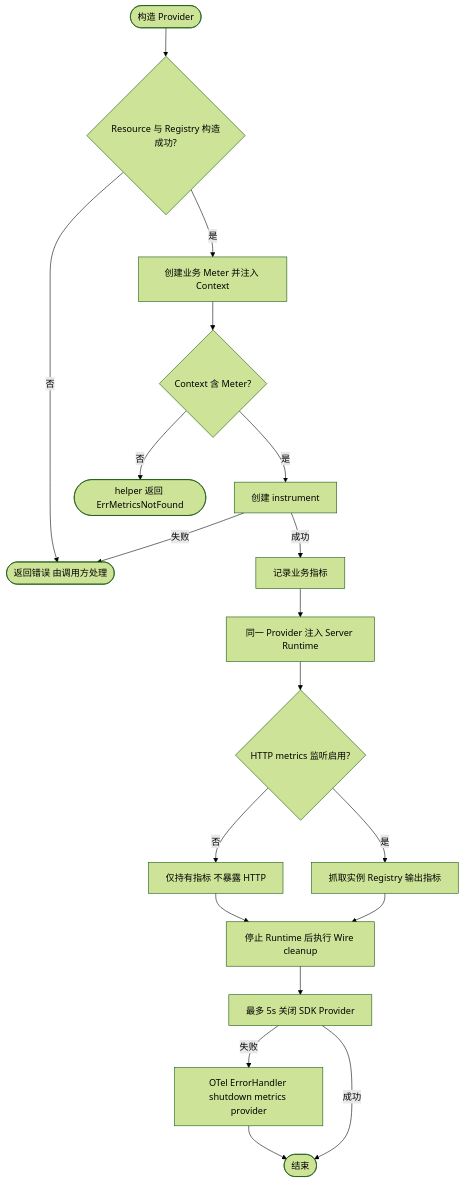
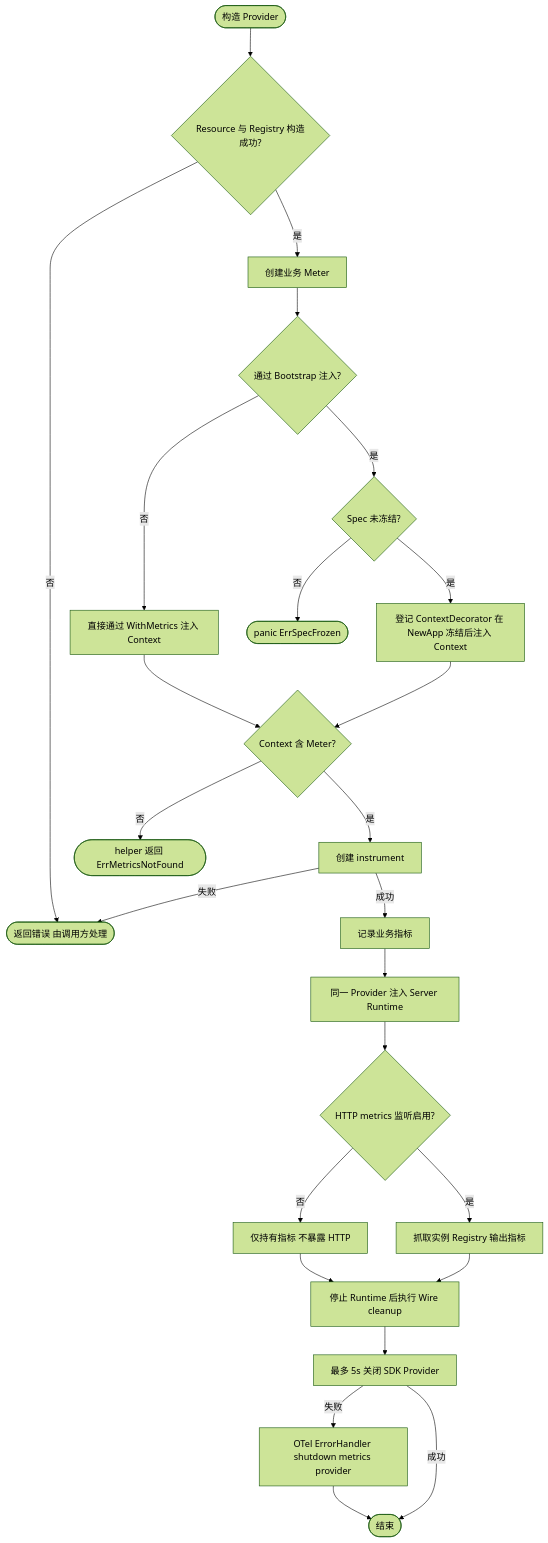
The first of 2 diagrams in pkg/metrics/README.md (jaggerzhuang1994/kratos-foundation), drawn with Mermaid (forest theme) before and after one commit. The commit also changed other lines of this file and 77 other files, not shown here.

Commit message:
refactor(bootstrap): 简化 Spec 蓝图组装与协议启用规则

````diff
--- a/pkg/metrics/README.md
+++ b/pkg/metrics/README.md
@@ -42,21 +42,27 @@
 ```mermaid
 flowchart TD
     A([构造 Provider]) --> B{Resource 与 Registry 构造成功?}
     B -- 否 --> C([返回错误 由调用方处理])
-    B -- 是 --> D[创建业务 Meter 并注入 Context]
+    B -- 是 --> D1[创建业务 Meter]
+    D1 --> D2{通过 Bootstrap 注入?}
+    D2 -- 否 --> D[直接通过 WithMetrics 注入 Context]
+    D2 -- 是 --> D4{Spec 未冻结?}
+    D4 -- 否 --> D3([panic ErrSpecFrozen])
+    D4 -- 是 --> D5[登记 ContextDecorator 在 NewApp 冻结后注入 Context]
+    D5 --> E
     D --> E{Context 含 Meter?}
     E -- 否 --> F([helper 返回 ErrMetricsNotFound])
     E -- 是 --> G[创建 instrument]
     G -- 失败 --> C
     G -- 成功 --> R[记录业务指标]
     R --> H[同一 Provider 注入 Server Runtime]
     H --> I{HTTP metrics 监听启用?}
     I -- 否 --> J[仅持有指标 不暴露 HTTP]
     I -- 是 --> K[抓取实例 Registry 输出指标]
     J --> L[停止 Runtime 后执行 Wire cleanup]
     K --> L
     L --> M[最多 5s 关闭 SDK Provider]
     M -- 失败 --> N[OTel ErrorHandler shutdown metrics provider]
     M -- 成功 --> O([结束])
     N --> O
 ```
````
